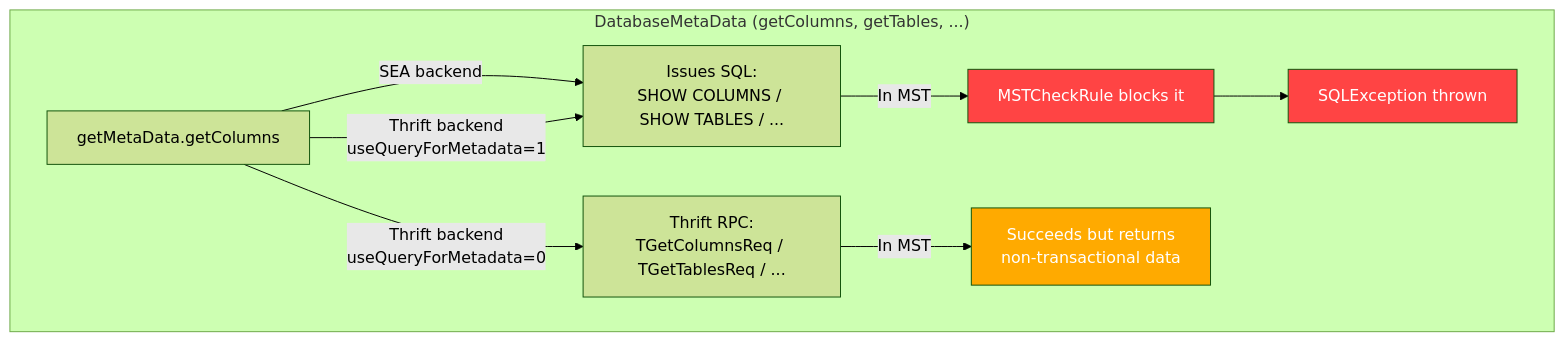
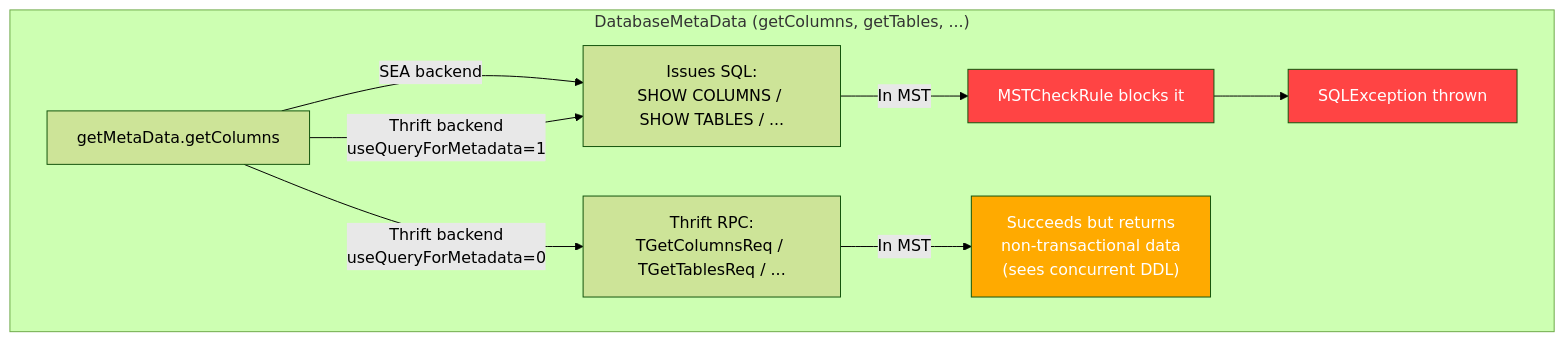
The second of 10 diagrams in docs/mst-test-design.md (databricks/databricks-jdbc), drawn with Mermaid (forest theme) before and after one commit. The commit also changed other lines of this file, not shown here.

First line of the commit message:
Update MST test design doc with E2E findings

````diff
--- a/docs/mst-test-design.md
+++ b/docs/mst-test-design.md
@@ -31,16 +31,16 @@
 ```mermaid
 flowchart TD
     subgraph "DatabaseMetaData (getColumns, getTables, ...)"
         META[getMetaData.getColumns]
         META -->|SEA backend| SQL_META["Issues SQL:<br/>SHOW COLUMNS / SHOW TABLES / ..."]
         META -->|Thrift backend<br/>useQueryForMetadata=0| THRIFT_RPC["Thrift RPC:<br/>TGetColumnsReq / TGetTablesReq / ..."]
         META -->|Thrift backend<br/>useQueryForMetadata=1| SQL_META
         SQL_META -->|"In MST"| BLOCKED["MSTCheckRule blocks it"]
-        THRIFT_RPC -->|"In MST"| STALE_DATA["Succeeds but returns<br/>non-transactional data"]
+        THRIFT_RPC -->|"In MST"| NONTXN_DATA["Succeeds but returns<br/>non-transactional data<br/>(sees concurrent DDL)"]
         BLOCKED --> EXCEPTION[SQLException thrown]
     end
 
     style BLOCKED fill:#f44,color:#fff
-    style STALE_DATA fill:#fa0,color:#fff
+    style NONTXN_DATA fill:#fa0,color:#fff
     style EXCEPTION fill:#f44,color:#fff
 ```
````
